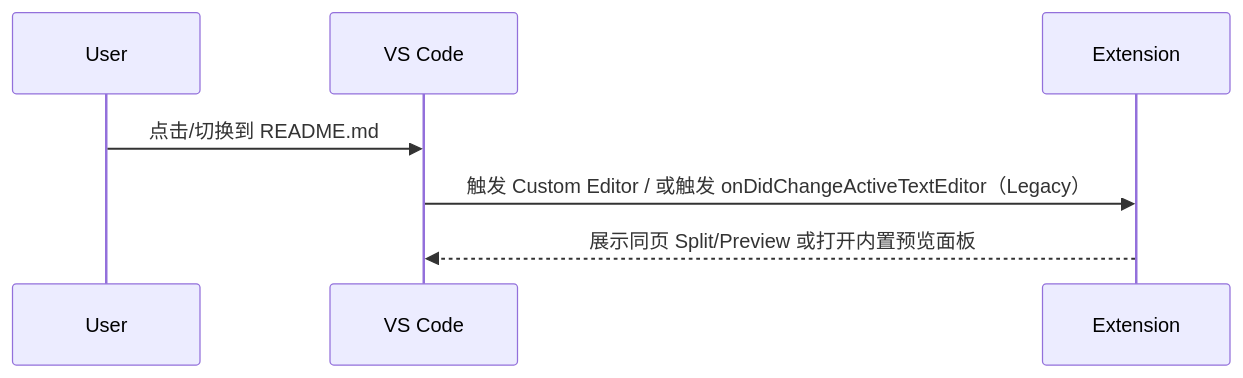
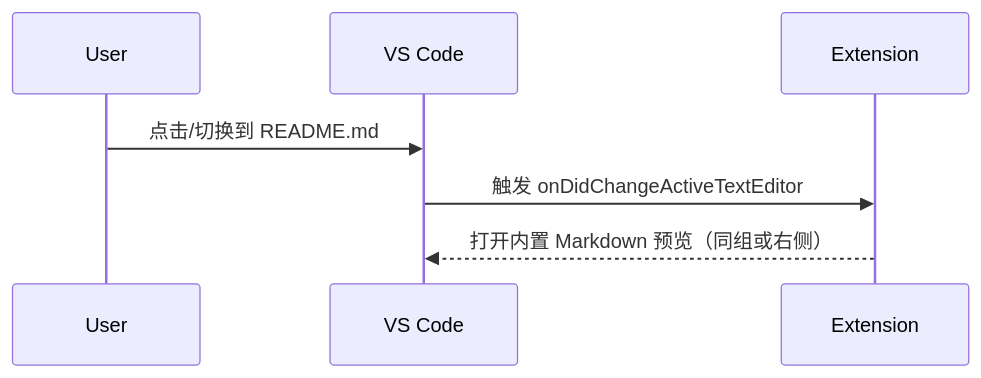
The second of 2 diagrams in helloagents/wiki/arch.md (fengyouliang/markdown-vscode-plugin), drawn with Mermaid before and after one commit. The commit also changed other lines of this file and 15 other files, not shown here.

Commit message:
feat: native editor markdown auto preview

````diff
--- a/helloagents/wiki/arch.md
+++ b/helloagents/wiki/arch.md
@@ -30,9 +22,9 @@
 ```mermaid
 sequenceDiagram
     participant U as User
     participant VS as VS Code
     participant EX as Extension
     U->>VS: 点击/切换到 README.md
-    VS->>EX: 触发 Custom Editor / 或触发 onDidChangeActiveTextEditor（Legacy）
-    EX-->>VS: 展示同页 Split/Preview 或打开内置预览面板
+    VS->>EX: 触发 onDidChangeActiveTextEditor
+    EX-->>VS: 打开内置 Markdown 预览（同组或右侧）
 ```
````
